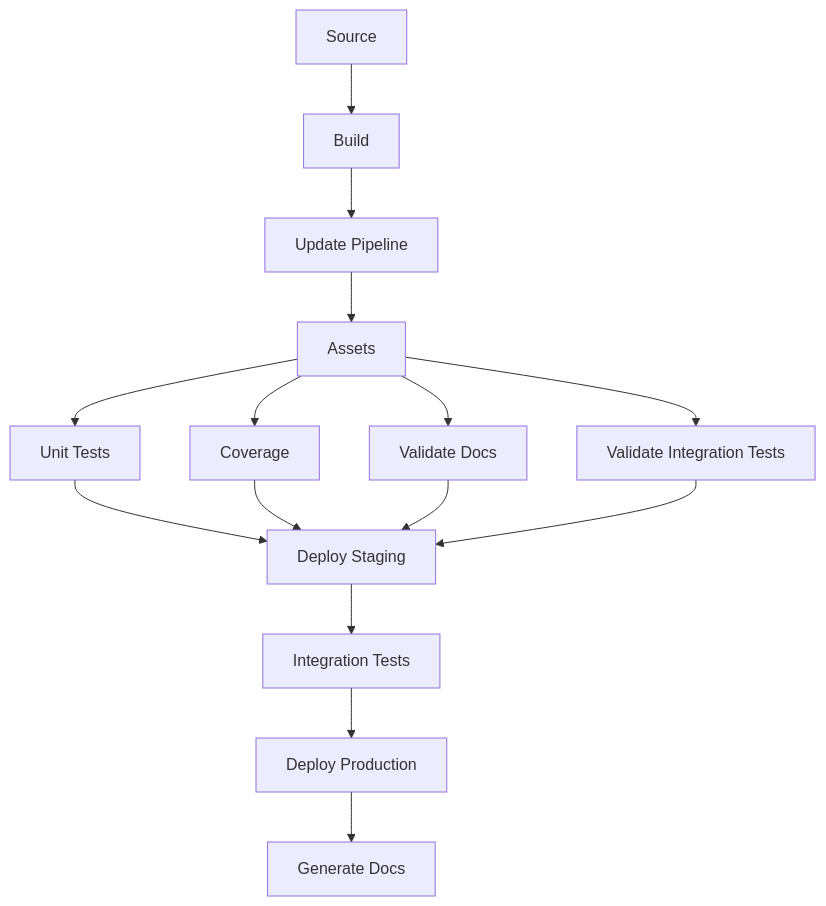
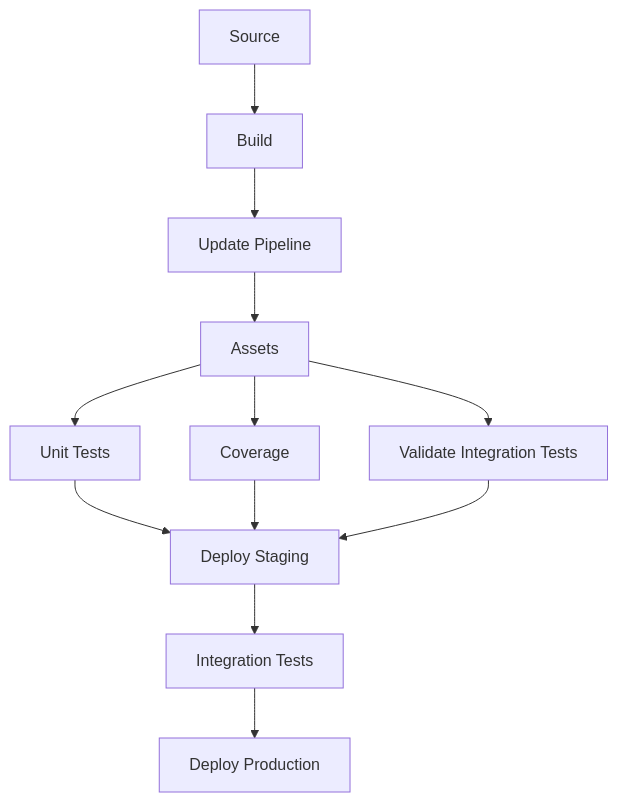
One commit to GuiPimenta-Dev/lambda-forge-docs changed the third of 3 diagrams in docs/home/page6.md. Above: the diagram before and after it, drawn with Mermaid. The commit also changed other lines of this file and 34 other files, not shown here.

````diff
--- a/docs/home/page6.md
+++ b/docs/home/page6.md
@@ -199,17 +373,14 @@
 ```mermaid
 graph TD;
     Source --> Build;
     Build --> UpdatePipeline[Update Pipeline]
     UpdatePipeline --> Assets
     Assets --> UnitTests[Unit Tests]
     Assets --> Coverage
-    Assets --> ValidateDocs[Validate Docs]
     Assets --> ValidateIntegrationTests[Validate Integration Tests]
     UnitTests --> DeployStaging[Deploy Staging]
     Coverage --> DeployStaging
-    ValidateDocs --> DeployStaging
     ValidateIntegrationTests --> DeployStaging
     DeployStaging --> IntegrationTests[Integration Tests]
     IntegrationTests --> DeployProduction[Deploy Production]
-    DeployProduction --> GenerateDocs[Generate Docs]
 ```
````
